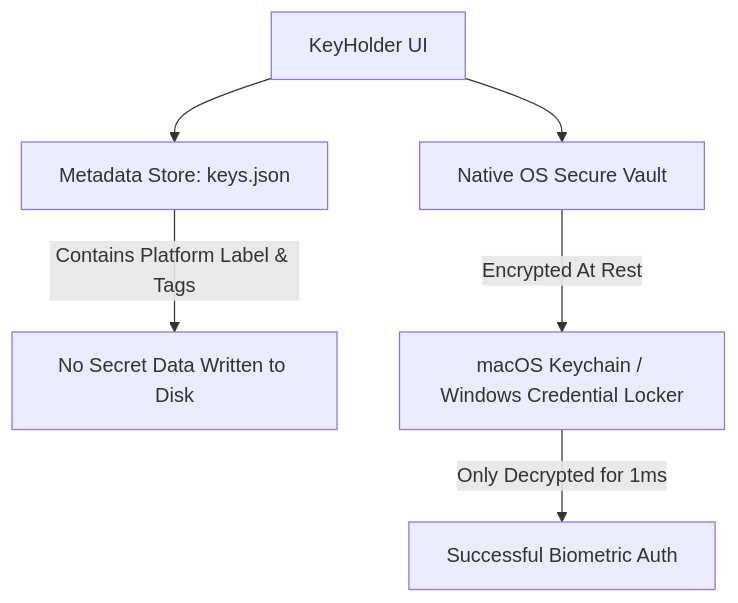
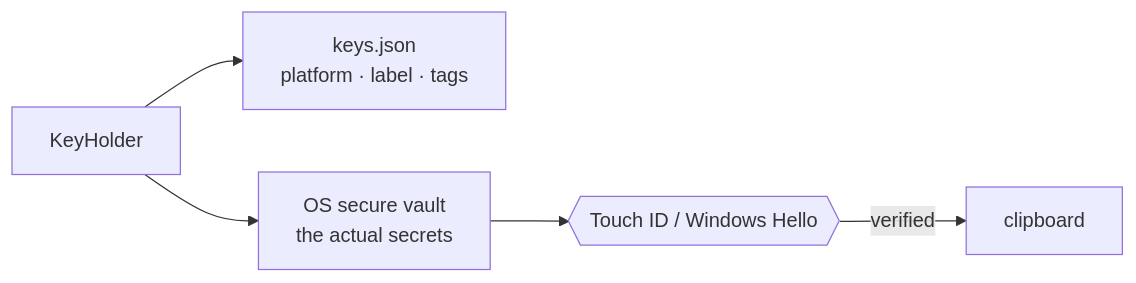
The diagram in README.md (OlixIgnacious/keyholdr), drawn with Mermaid before and after one commit. The commit also changed other lines of this file and 2 other files, not shown here.

````diff
--- a/README.md
+++ b/README.md
@@ -42,8 +43,7 @@
 ```mermaid
-graph TD
-    A[KeyHolder UI] --> B[Metadata Store: keys.json]
-    A --> C[Native OS Secure Vault]
-    B -->|Contains Platform Label & Tags| D[No Secret Data Written to Disk]
-    C -->|Encrypted At Rest| E[macOS Keychain / Windows Credential Locker]
-    E -->|Only Decrypted for 1ms| F[Successful Biometric Auth]
+graph LR
+    UI[KeyHolder] --> M["keys.json<br>platform · label · tags"]
+    UI --> V["OS secure vault<br>the actual secrets"]
+    V --> B{{"Touch ID / Windows Hello"}}
+    B -->|verified| C[clipboard]
 ```
````
